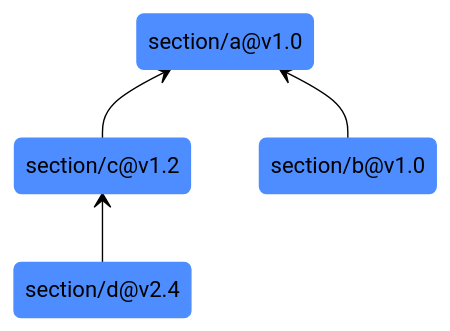
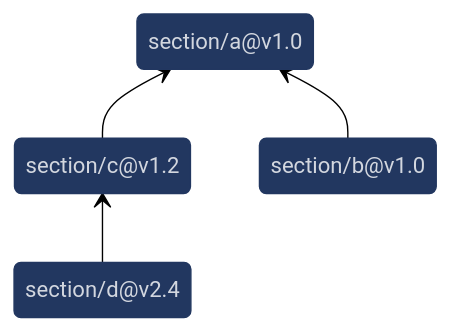
Before and after one commit to L0bstr/clawnet: the diagram in docs/repo-structure.md, drawn with Mermaid (forest theme). The commit also changed other lines of this file and 2 other files, not shown here.

````diff
--- a/docs/repo-structure.md
+++ b/docs/repo-structure.md
@@ -66,20 +96,20 @@
 ```mermaid
 stateDiagram-v2
     direction BT
 
     state "section/a@v1.0" as section_a
     state "section/b@v1.0" as section_b
     state "section/c@v1.2" as section_c
     state "section/d@v2.4" as section_d
 
     section_c --> section_a
     section_b --> section_a
     section_d --> section_c
 
-    classDef highlight fill:#4D8DFF, stroke:#4D8DFF, color:#000
+    classDef highlight fill:#223760, stroke:#223760, color:#D3D7DF
 
     class section_a highlight
     class section_b highlight
     class section_c highlight
     class section_d highlight
 ```
````
